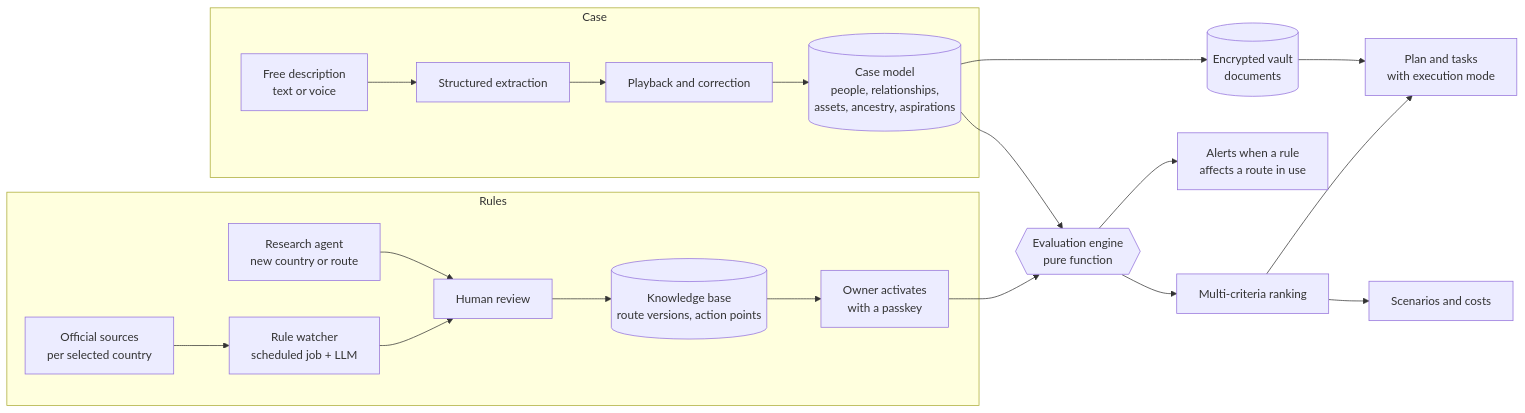
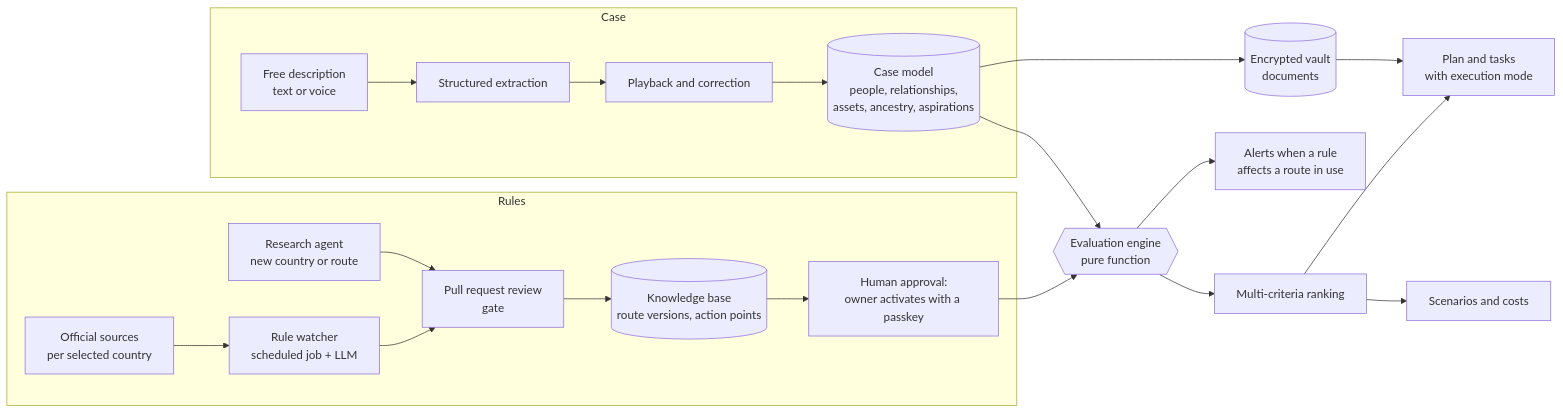
One commit to fernandolisboa/arca changed the diagram in docs/ARCHITECTURE.md. Above: the diagram before and after it, drawn with Mermaid. The commit also changed other lines of this file and 9 other files, not shown here.

````diff
--- a/docs/ARCHITECTURE.md
+++ b/docs/ARCHITECTURE.md
@@ -9,23 +9,23 @@
 ```mermaid
 flowchart LR
   subgraph Rules
     SRC[Official sources<br/>per selected country] --> WATCH[Rule watcher<br/>scheduled job + LLM]
-    WATCH --> REVIEW[Human review]
+    WATCH --> REVIEW[Pull request review<br/>gate]
     RESEARCH[Research agent<br/>new country or route] --> REVIEW
     REVIEW --> KB[(Knowledge base<br/>route versions, action points)]
-    KB --> ACTIVATE[Owner activates<br/>with a passkey]
+    KB --> ACTIVATE[Human approval:<br/>owner activates with a passkey]
   end
   subgraph Case
     INTAKE[Free description<br/>text or voice] --> EXTRACT[Structured extraction]
     EXTRACT --> CONFIRM[Playback and correction]
     CONFIRM --> CASE[(Case model<br/>people, relationships,<br/>assets, ancestry, aspirations)]
   end
   ACTIVATE --> ENGINE{{Evaluation engine<br/>pure function}}
   CASE --> ENGINE
   ENGINE --> RANK[Multi-criteria ranking]
   RANK --> PLAN[Plan and tasks<br/>with execution mode]
   RANK --> SCEN[Scenarios and costs]
   ENGINE --> ALERTS[Alerts when a rule<br/>affects a route in use]
   CASE --> VAULT[(Encrypted vault<br/>documents)]
   VAULT --> PLAN
 ```
````
